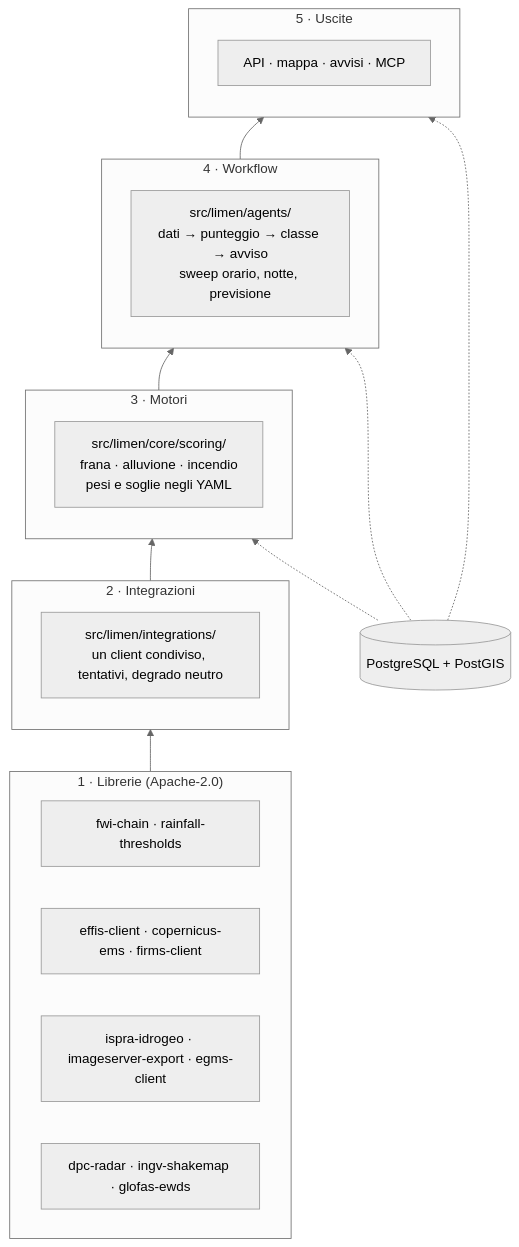
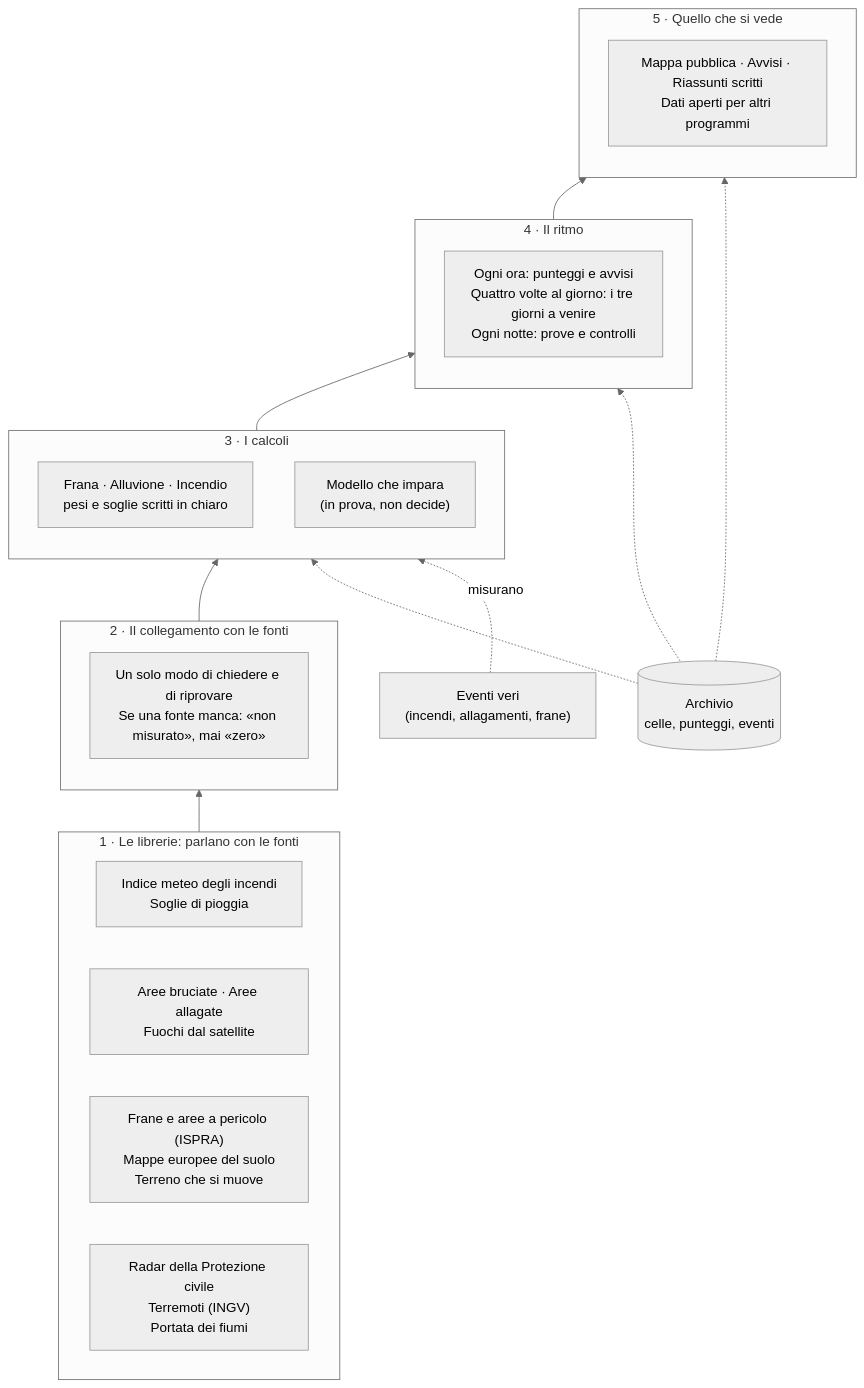
Before and after one commit to agent-engineering-studio/limen: the diagram in docs/book/02-le-librerie.md, drawn with Mermaid (neutral theme). The commit also changed other lines of this file and 69 other files, not shown here.

First line of the commit message:
docs(libro): il libro di Limen, prima versione, con Zensical e GitHub Pages

````diff
--- a/docs/book/02-le-librerie.md
+++ b/docs/book/02-le-librerie.md
@@ -384,26 +374,28 @@
 ```mermaid
 flowchart BT
-  subgraph L1["1 · Librerie (Apache-2.0)"]
+  subgraph L1["1 · Le librerie: parlano con le fonti"]
     direction LR
-    A1["fwi-chain · rainfall-thresholds"]
-    A2["effis-client · copernicus-ems · firms-client"]
-    A3["ispra-idrogeo · imageserver-export · egms-client"]
-    A4["dpc-radar · ingv-shakemap · glofas-ewds"]
+    A1["Indice meteo degli incendi<br/>Soglie di pioggia"]
+    A2["Aree bruciate · Aree allagate<br/>Fuochi dal satellite"]
+    A3["Frane e aree a pericolo (ISPRA)<br/>Mappe europee del suolo<br/>Terreno che si muove"]
+    A4["Radar della Protezione civile<br/>Terremoti (INGV)<br/>Portata dei fiumi"]
   end
-  subgraph L2["2 · Integrazioni"]
-    B["src/limen/integrations/<br/>un client condiviso, tentativi, degrado neutro"]
+  subgraph L2["2 · Il collegamento con le fonti"]
+    B["Un solo modo di chiedere e di riprovare<br/>Se una fonte manca: «non misurato», mai «zero»"]
   end
-  subgraph L3["3 · Motori"]
-    C["src/limen/core/scoring/<br/>frana · alluvione · incendio<br/>pesi e soglie negli YAML"]
+  subgraph L3["3 · I calcoli"]
+    C["Frana · Alluvione · Incendio<br/>pesi e soglie scritti in chiaro"]
+    C2["Modello che impara<br/>(in prova, non decide)"]
   end
-  subgraph L4["4 · Workflow"]
-    D["src/limen/agents/<br/>dati → punteggio → classe → avviso<br/>sweep orario, notte, previsione"]
+  subgraph L4["4 · Il ritmo"]
+    D["Ogni ora: punteggi e avvisi<br/>Quattro volte al giorno: i tre giorni a venire<br/>Ogni notte: prove e controlli"]
   end
-  subgraph L5["5 · Uscite"]
-    E["API · mappa · avvisi · MCP"]
+  subgraph L5["5 · Quello che si vede"]
+    E["Mappa pubblica · Avvisi · Riassunti scritti<br/>Dati aperti per altri programmi"]
   end
   L1 --> L2 --> L3 --> L4 --> L5
-  DB[("PostgreSQL + PostGIS")] -.-> L3
+  DB[("Archivio<br/>celle, punteggi, eventi")] -.-> L3
   DB -.-> L4
   DB -.-> L5
+  V["Eventi veri<br/>(incendi, allagamenti, frane)"] -.->|"misurano"| L3
 ```
````
